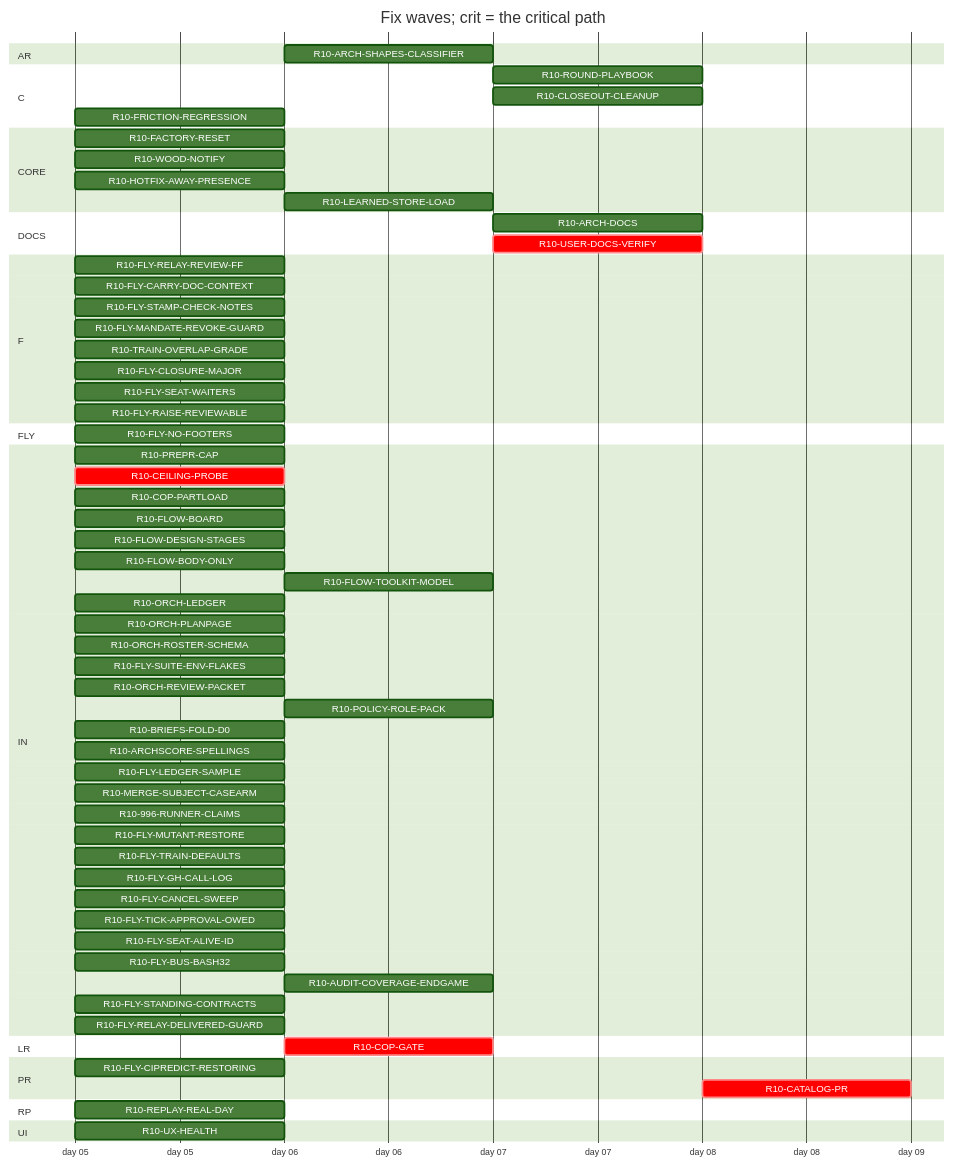
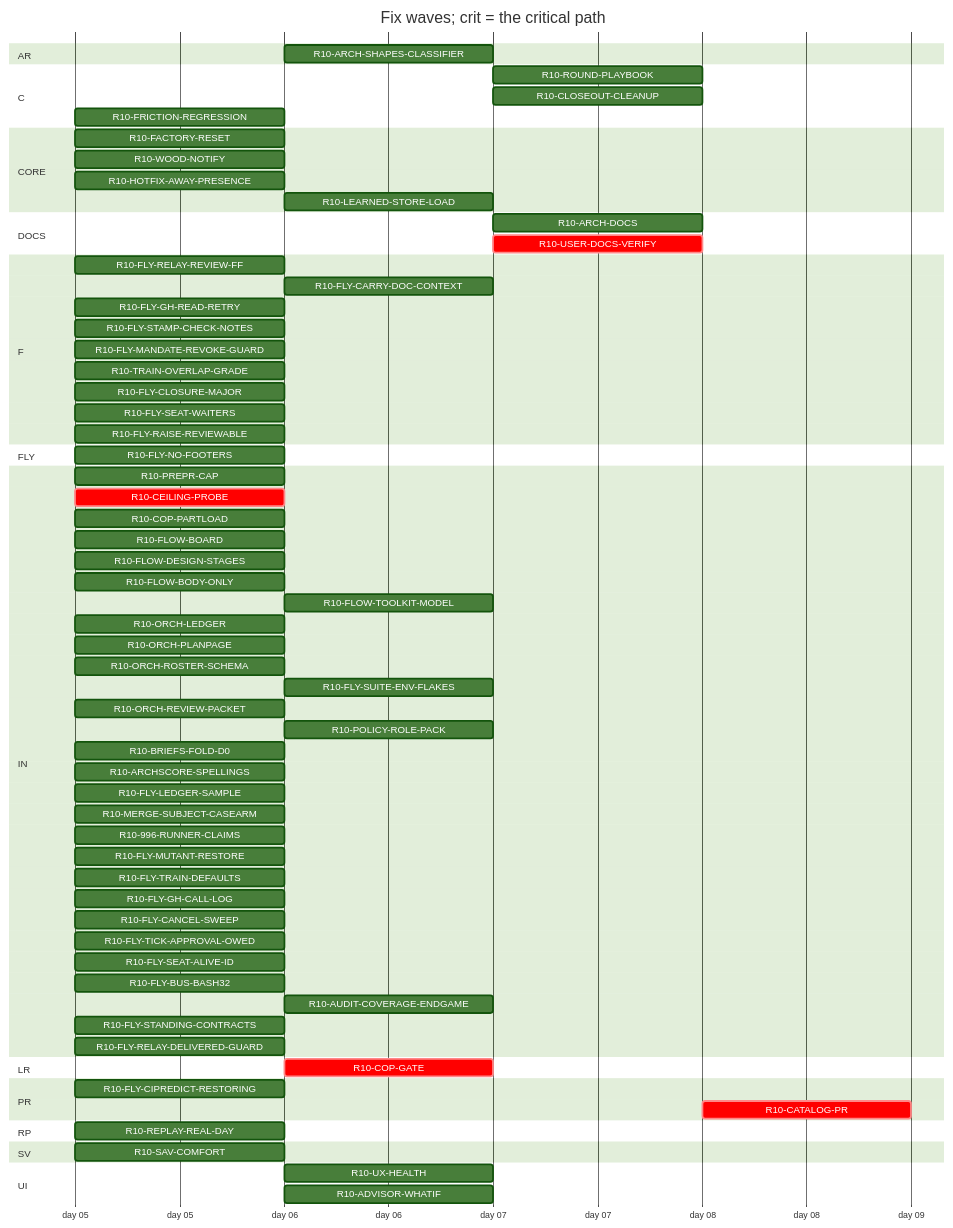
One commit to tvofi/heatpump_optimizer changed the diagram in handoff/round10/state/PLAN-TABLE.md. Above: the diagram before and after it, drawn with Mermaid (forest theme). The commit also changed other lines of this file and 3 other files, not shown here.

Commit message:
state: FLOW-BOARD.md, NEXT-SESSION-PROMPT.md, PLAN-TABLE.md, RESUME-CURRENT.md regenerated (state_docs.py)

````diff
--- a/handoff/round10/state/PLAN-TABLE.md
+++ b/handoff/round10/state/PLAN-TABLE.md
@@ -24,69 +25,73 @@
 ```mermaid
 gantt
   title Fix waves; crit = the critical path
   dateFormat YYYY-MM-DD
   axisFormat day %d
   section AR
     R10-ARCH-SHAPES-CLASSIFIER :r10ARCHSHAPESCLASSIFIER, after r10996RUNNERCLAIMS, 1d
   section C
     R10-ROUND-PLAYBOOK :r10ROUNDPLAYBOOK, after r10ORCHLEDGER r10ORCHPLANPAGE r10FLYRELAYREVIEWFF r10FLOWBODYONLY r10AUDITCOVERAGEENDGAME r10FLOWDESIGNSTAGES r10ORCHROSTERSCHEMA r10FLOWTOOLKITMODEL r10TRAINOVERLAPGRADE r10FLYTRAINDEFAULTS r10FLYCANCELSWEEP r10POLICYROLEPACK r10ORCHREVIEWPACKET r10FLOWBOARD, 1d
     R10-CLOSEOUT-CLEANUP :r10CLOSEOUTCLEANUP, after r10AUDITCOVERAGEENDGAME, 1d
     R10-FRICTION-REGRESSION :r10FRICTIONREGRESSION, 2026-01-05, 1d
   section CORE
     R10-FACTORY-RESET :r10FACTORYRESET, 2026-01-05, 1d
     R10-WOOD-NOTIFY :r10WOODNOTIFY, 2026-01-05, 1d
     R10-HOTFIX-AWAY-PRESENCE :r10HOTFIXAWAYPRESENCE, 2026-01-05, 1d
     R10-LEARNED-STORE-LOAD :r10LEARNEDSTORELOAD, after r10FACTORYRESET, 1d
   section DOCS
-    R10-ARCH-DOCS :r10ARCHDOCS, after r10COPGATE r10UXHEALTH r10CEILINGPROBE r10COPPARTLOAD r10FLOWBOARD r10FLOWDESIGNSTAGES r10FLOWBODYONLY r10FLYRELAYREVIEWFF r10FLYCARRYDOCCONTEXT r10FLOWTOOLKITMODEL r10FLYSTAMPCHECKNOTES r10FLYMANDATEREVOKEGUARD r10TRAINOVERLAPGRADE r10FLYSUITEENVFLAKES r10ORCHLEDGER r10ORCHPLANPAGE r10ORCHROSTERSCHEMA r10ORCHREVIEWPACKET r10POLICYROLEPACK r10BRIEFSFOLDD0 r10REPLAYREALDAY r10ARCHSCORESPELLINGS r10FLYLEDGERSAMPLE, 1d
-    R10-USER-DOCS-VERIFY :crit, r10USERDOCSVERIFY, after r10COPGATE r10UXHEALTH r10CEILINGPROBE r10COPPARTLOAD r10FACTORYRESET r10WOODNOTIFY r10ARCHSHAPESCLASSIFIER r10HOTFIXAWAYPRESENCE, 1d
+    R10-ARCH-DOCS :r10ARCHDOCS, after r10COPGATE r10UXHEALTH r10SAVCOMFORT r10CEILINGPROBE r10COPPARTLOAD r10FLOWBOARD r10FLOWDESIGNSTAGES r10FLOWBODYONLY r10FLYRELAYREVIEWFF r10FLYCARRYDOCCONTEXT r10FLOWTOOLKITMODEL r10FLYSTAMPCHECKNOTES r10FLYMANDATEREVOKEGUARD r10TRAINOVERLAPGRADE r10FLYSUITEENVFLAKES r10ORCHLEDGER r10ORCHPLANPAGE r10ORCHROSTERSCHEMA r10ORCHREVIEWPACKET r10POLICYROLEPACK r10BRIEFSFOLDD0 r10REPLAYREALDAY r10ARCHSCORESPELLINGS r10FLYLEDGERSAMPLE, 1d
+    R10-USER-DOCS-VERIFY :crit, r10USERDOCSVERIFY, after r10COPGATE r10UXHEALTH r10SAVCOMFORT r10CEILINGPROBE r10COPPARTLOAD r10FACTORYRESET r10WOODNOTIFY r10ARCHSHAPESCLASSIFIER r10HOTFIXAWAYPRESENCE, 1d
   section F
     R10-FLY-RELAY-REVIEW-FF :r10FLYRELAYREVIEWFF, 2026-01-05, 1d
-    R10-FLY-CARRY-DOC-CONTEXT :r10FLYCARRYDOCCONTEXT, 2026-01-05, 1d
+    R10-FLY-CARRY-DOC-CONTEXT :r10FLYCARRYDOCCONTEXT, after r10FLYGHREADRETRY, 1d
+    R10-FLY-GH-READ-RETRY :r10FLYGHREADRETRY, 2026-01-05, 1d
     R10-FLY-STAMP-CHECK-NOTES :r10FLYSTAMPCHECKNOTES, 2026-01-05, 1d
     R10-FLY-MANDATE-REVOKE-GUARD :r10FLYMANDATEREVOKEGUARD, 2026-01-05, 1d
     R10-TRAIN-OVERLAP-GRADE :r10TRAINOVERLAPGRADE, 2026-01-05, 1d
     R10-FLY-CLOSURE-MAJOR :r10FLYCLOSUREMAJOR, 2026-01-05, 1d
     R10-FLY-SEAT-WAITERS :r10FLYSEATWAITERS, 2026-01-05, 1d
     R10-FLY-RAISE-REVIEWABLE :r10FLYRAISEREVIEWABLE, 2026-01-05, 1d
   section FLY
     R10-FLY-NO-FOOTERS :r10FLYNOFOOTERS, 2026-01-05, 1d
   section IN
     R10-PREPR-CAP :r10PREPRCAP, 2026-01-05, 1d
     R10-CEILING-PROBE :crit, r10CEILINGPROBE, 2026-01-05, 1d
     R10-COP-PARTLOAD :r10COPPARTLOAD, 2026-01-05, 1d
     R10-FLOW-BOARD :r10FLOWBOARD, 2026-01-05, 1d
     R10-FLOW-DESIGN-STAGES :r10FLOWDESIGNSTAGES, 2026-01-05, 1d
     R10-FLOW-BODY-ONLY :r10FLOWBODYONLY, 2026-01-05, 1d
     R10-FLOW-TOOLKIT-MODEL :r10FLOWTOOLKITMODEL, after r10ORCHPLANPAGE r10FLYCANCELSWEEP, 1d
     R10-ORCH-LEDGER :r10ORCHLEDGER, 2026-01-05, 1d
     R10-ORCH-PLANPAGE :r10ORCHPLANPAGE, 2026-01-05, 1d
     R10-ORCH-ROSTER-SCHEMA :r10ORCHROSTERSCHEMA, 2026-01-05, 1d
-    R10-FLY-SUITE-ENV-FLAKES :r10FLYSUITEENVFLAKES, 2026-01-05, 1d
+    R10-FLY-SUITE-ENV-FLAKES :r10FLYSUITEENVFLAKES, after r10SAVCOMFORT, 1d
     R10-ORCH-REVIEW-PACKET :r10ORCHREVIEWPACKET, 2026-01-05, 1d
     R10-POLICY-ROLE-PACK :r10POLICYROLEPACK, after r10FLOWDESIGNSTAGES, 1d
     R10-BRIEFS-FOLD-D0 :r10BRIEFSFOLDD0, 2026-01-05, 1d
     R10-ARCHSCORE-SPELLINGS :r10ARCHSCORESPELLINGS, 2026-01-05, 1d
     R10-FLY-LEDGER-SAMPLE :r10FLYLEDGERSAMPLE, 2026-01-05, 1d
     R10-MERGE-SUBJECT-CASEARM :r10MERGESUBJECTCASEARM, 2026-01-05, 1d
     R10-996-RUNNER-CLAIMS :r10996RUNNERCLAIMS, 2026-01-05, 1d
     R10-FLY-MUTANT-RESTORE :r10FLYMUTANTRESTORE, 2026-01-05, 1d
     R10-FLY-TRAIN-DEFAULTS :r10FLYTRAINDEFAULTS, 2026-01-05, 1d
     R10-FLY-GH-CALL-LOG :r10FLYGHCALLLOG, 2026-01-05, 1d
     R10-FLY-CANCEL-SWEEP :r10FLYCANCELSWEEP, 2026-01-05, 1d
     R10-FLY-TICK-APPROVAL-OWED :r10FLYTICKAPPROVALOWED, 2026-01-05, 1d
     R10-FLY-SEAT-ALIVE-ID :r10FLYSEATALIVEID, 2026-01-05, 1d
     R10-FLY-BUS-BASH32 :r10FLYBUSBASH32, 2026-01-05, 1d
     R10-AUDIT-COVERAGE-ENDGAME :r10AUDITCOVERAGEENDGAME, after r10FLYMUTANTRESTORE r10996RUNNERCLAIMS, 1d
     R10-FLY-STANDING-CONTRACTS :r10FLYSTANDINGCONTRACTS, 2026-01-05, 1d
     R10-FLY-RELAY-DELIVERED-GUARD :r10FLYRELAYDELIVEREDGUARD, 2026-01-05, 1d
   section LR
     R10-COP-GATE :crit, r10COPGATE, after r10CEILINGPROBE, 1d
   section PR
     R10-FLY-CIPREDICT-RESTORING :r10FLYCIPREDICTRESTORING, 2026-01-05, 1d
     R10-CATALOG-PR :crit, r10CATALOGPR, after r10USERDOCSVERIFY r10AUDITCOVERAGEENDGAME, 1d
   section RP
     R10-REPLAY-REAL-DAY :r10REPLAYREALDAY, 2026-01-05, 1d
+  section SV
+    R10-SAV-COMFORT :r10SAVCOMFORT, 2026-01-05, 1d
   section UI
-    R10-UX-HEALTH :r10UXHEALTH, 2026-01-05, 1d
+    R10-UX-HEALTH :r10UXHEALTH, after r10SAVCOMFORT, 1d
+    R10-ADVISOR-WHATIF :r10ADVISORWHATIF, after r10SAVCOMFORT, 1d
 ```
````
